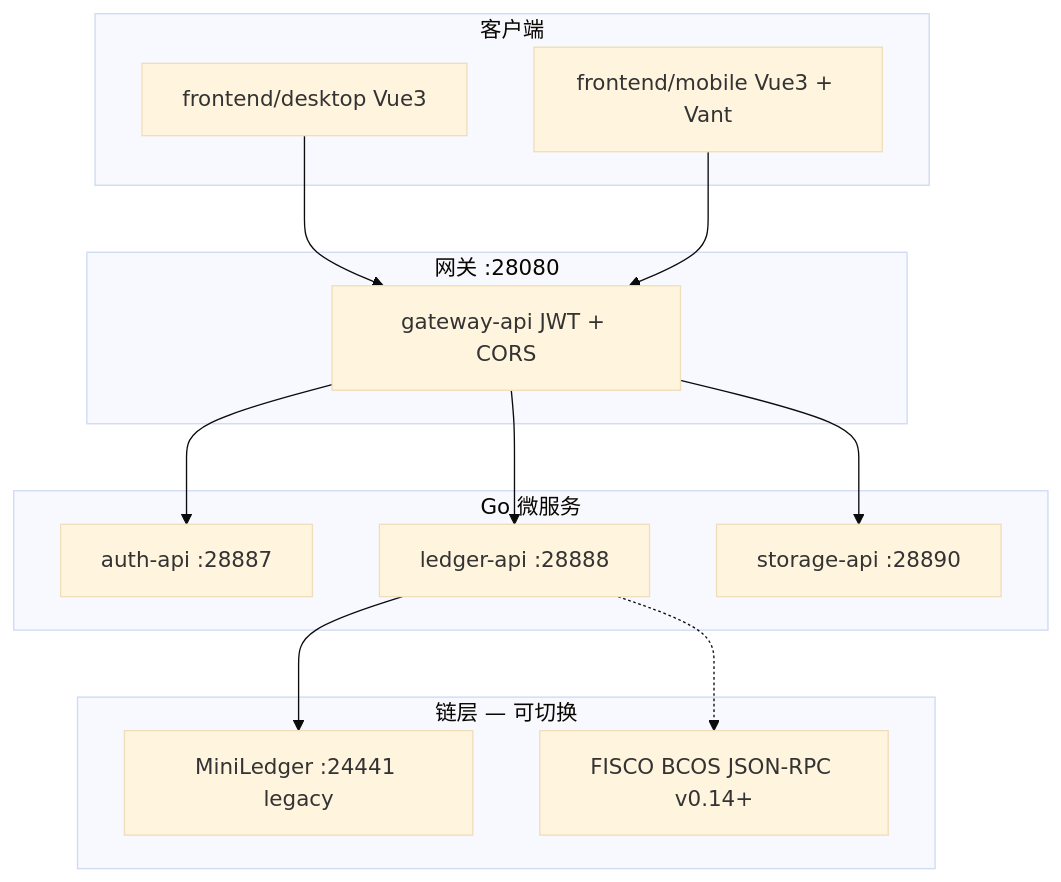
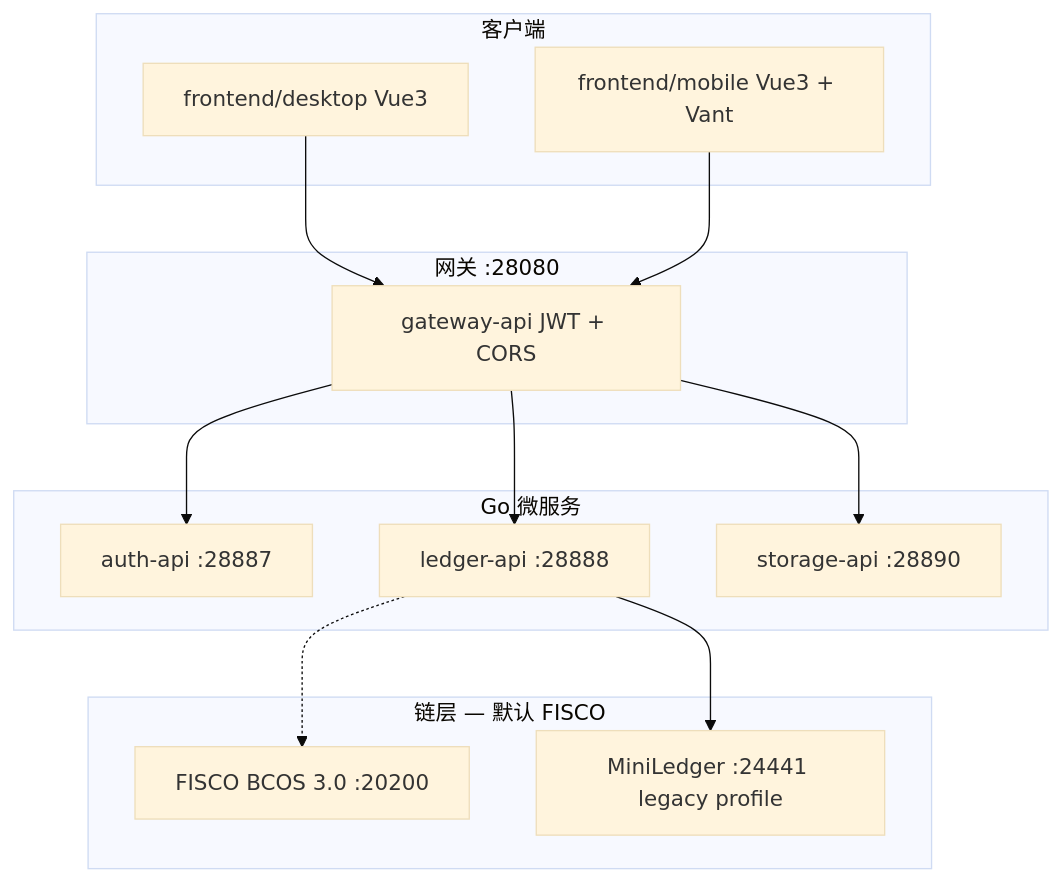
The diagram in README.md (torisu-kirame/go-Smart-ledger), drawn with Mermaid (base theme) before and after one commit. The commit also changed other lines of this file and 39 other files, not shown here.

Commit message:
feat (v0.18.0): 默认区块链切换为 FISCO BCOS 3.0；保留 MiniLedger 旧版兼容能力 - 将默认底层链升级为 FISCO BCOS 3.0，同步修改.env环境配置文件与docker-compose编排配置； - 新增迁移工具，用于把存量数据从 MiniLedger 迁移至 FISCO BCOS； - 新增docker-compose.legacy.yml专属编排文件，实现对 MiniLedger 旧链的兼容适配； - 更新项目文档，补充区块链配置变更与数据迁移流程说明； - 优化链存储模块的异常捕获逻辑，并补充对应单元测试。

````diff
--- a/README.md
+++ b/README.md
@@ -57,30 +57,30 @@
 ```mermaid
 flowchart TB
     subgraph client [客户端]
         Desktop[frontend/desktop Vue3]
         Mobile[frontend/mobile Vue3 + Vant]
     end
 
     subgraph gateway_layer [网关 :28080]
         GW[gateway-api JWT + CORS]
     end
 
     subgraph services [Go 微服务]
         AUTH[auth-api :28887]
         LEDGER[ledger-api :28888]
         STORAGE[storage-api :28890]
     end
 
-    subgraph chain [链层 — 可切换]
-        ML[MiniLedger :24441 legacy]
-        FISCO[FISCO BCOS JSON-RPC v0.14+]
+    subgraph chain [链层 — 默认 FISCO]
+        FISCO[FISCO BCOS 3.0 :20200]
+        ML[MiniLedger :24441 legacy profile]
     end
 
     Desktop --> GW
     Mobile --> GW
     GW --> AUTH
     GW --> LEDGER
     GW --> STORAGE
     LEDGER --> ML
     LEDGER -.-> FISCO
 ```
````
